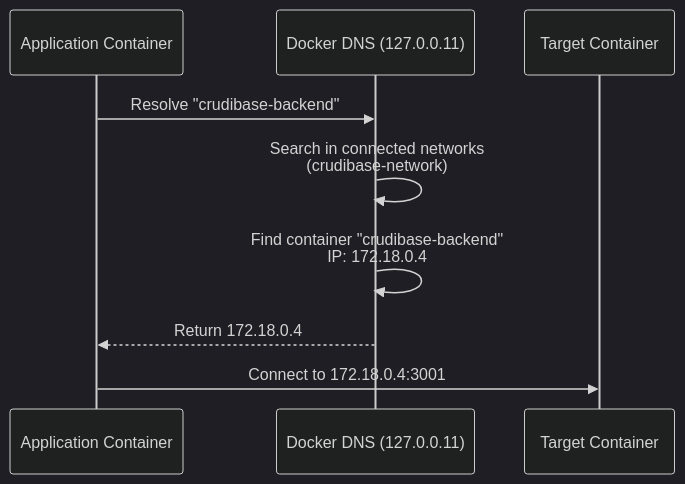
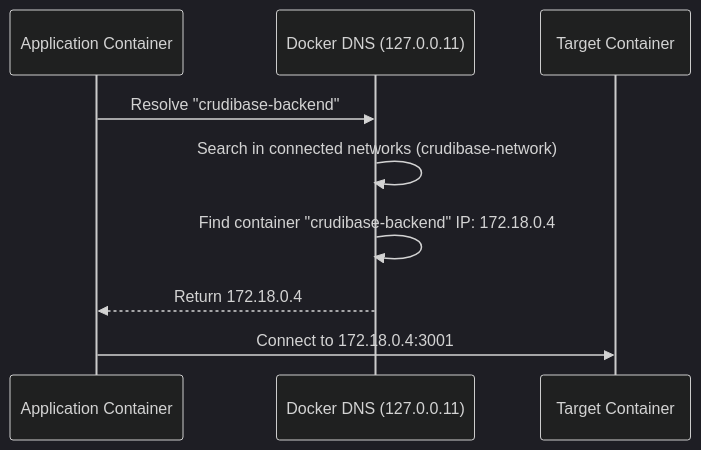
The seventh of 9 diagrams in wiki/Network-Architecture.md (softwarewrighter/ssl-proxy-for-do), drawn with Mermaid (dark theme) before and after one commit. The commit also changed other lines of this file and 3 other files, not shown here.

First line of the commit message:
Remove all remaining br tags from sequence diagrams

````diff
--- a/wiki/Network-Architecture.md
+++ b/wiki/Network-Architecture.md
@@ -427,12 +427,12 @@
 ```mermaid
 sequenceDiagram
     participant App as Application Container
     participant DNS as Docker DNS (127.0.0.11)
     participant Target as Target Container
 
     App->>DNS: Resolve "crudibase-backend"
-    DNS->>DNS: Search in connected networks<br/>(crudibase-network)
-    DNS->>DNS: Find container "crudibase-backend"<br/>IP: 172.18.0.4
+    DNS->>DNS: Search in connected networks (crudibase-network)
+    DNS->>DNS: Find container "crudibase-backend" IP: 172.18.0.4
     DNS-->>App: Return 172.18.0.4
     App->>Target: Connect to 172.18.0.4:3001
 ```
````
